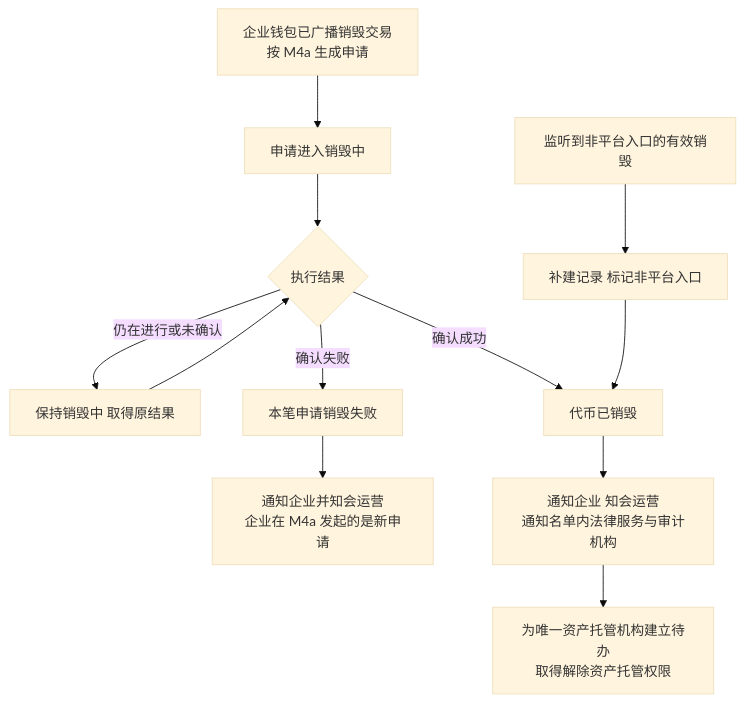
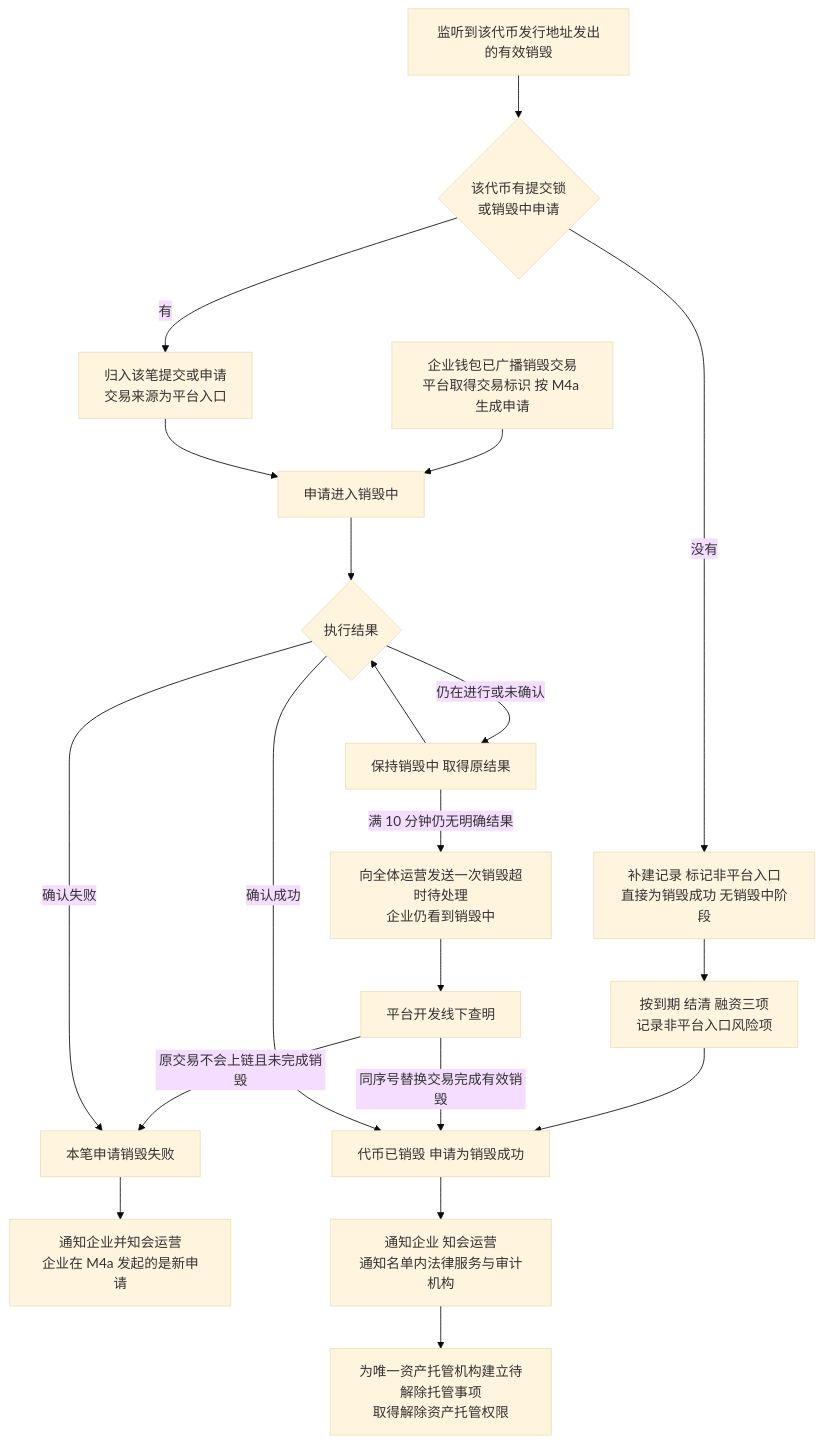
Before and after one commit to wxblockchain/Chain-Financing: the first of 5 diagrams in token-issuance-platform/PRD/管理端/M4b-销毁审核与解除质押/02-销毁审核与解除质押-流程图与状态机.md, drawn with Mermaid (base theme). The commit also changed other lines of this file and 35 other files, not shown here.

````diff
--- a/token-issuance-platform/PRD/管理端/M4b-销毁审核与解除质押/02-销毁审核与解除质押-流程图与状态机.md
+++ b/token-issuance-platform/PRD/管理端/M4b-销毁审核与解除质押/02-销毁审核与解除质押-流程图与状态机.md
@@ -18,14 +18,22 @@
 ```mermaid
 flowchart TD
-    A[企业钱包已广播销毁交易<br/>按 M4a 生成申请] --> X[申请进入销毁中]
-    N[监听到非平台入口的有效销毁] --> N1[补建记录 标记非平台入口]
+    A[企业钱包已广播销毁交易<br/>平台取得交易标识 按 M4a 生成申请] --> X[申请进入销毁中]
+    N[监听到该代币发行地址发出的有效销毁] --> N0{该代币有提交锁<br/>或销毁中申请}
+    N0 -->|有| N2[归入该笔提交或申请<br/>交易来源为平台入口]
+    N2 --> X
+    N0 -->|没有| N1[补建记录 标记非平台入口<br/>直接为销毁成功 无销毁中阶段]
+    N1 --> R[按到期 结清 融资三项<br/>记录非平台入口风险项]
+    R --> K
     X --> G{执行结果}
     G -->|仍在进行或未确认| H[保持销毁中 取得原结果]
     H --> G
+    H -->|满 10 分钟仍无明确结果| T[向全体运营发送一次销毁超时待处理<br/>企业仍看到销毁中]
+    T --> D[平台开发线下查明]
+    D -->|同序号替换交易完成有效销毁| K
+    D -->|原交易不会上链且未完成销毁| I
     G -->|确认失败| I[本笔申请销毁失败]
     I --> J[通知企业并知会运营<br/>企业在 M4a 发起的是新申请]
-    G -->|确认成功| K[代币已销毁]
-    N1 --> K
+    G -->|确认成功| K[代币已销毁 申请为销毁成功]
     K --> L[通知企业 知会运营<br/>通知名单内法律服务与审计机构]
-    L --> O[为唯一资产托管机构建立待办<br/>取得解除资产托管权限]
+    L --> O[为唯一资产托管机构建立待解除托管事项<br/>取得解除资产托管权限]
 ```
````
